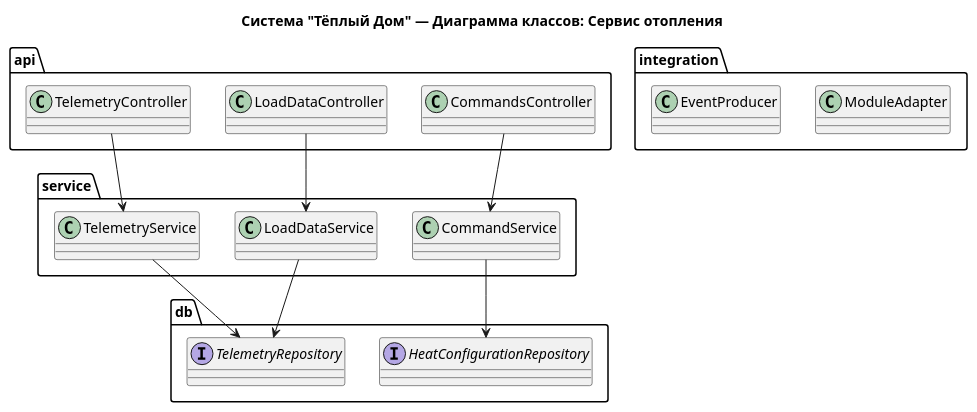
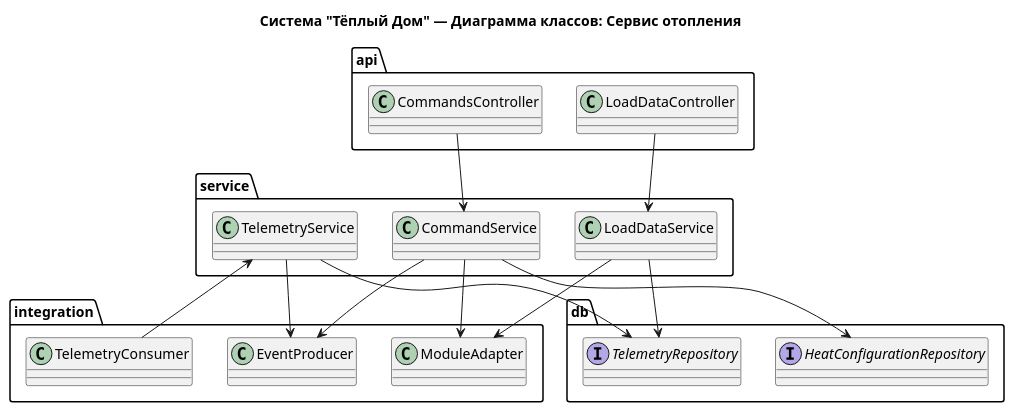
One commit to kalach77rus/warmhouse changed the diagram in schemas/code/WarmHouse_Code_heat.puml. Above: the diagram before and after it, drawn with PlantUML. The commit also changed 1 other file, not shown here.

```diff
--- a/schemas/code/WarmHouse_Code_heat.puml
+++ b/schemas/code/WarmHouse_Code_heat.puml
@@ -1,72 +1,77 @@
 @startuml warmhouse heat class diagram
 
 title Система "Тёплый Дом" — Диаграмма классов: Сервис отопления
 
 skinparam classAttributeIconSize 0
 
 package "api" {
 
     class CommandsController {
 
     }
 
     class LoadDataController {
-
-    }
-
-    class TelemetryController {
 
     }
 
 }
 
 package "service" {
 
     class CommandService {
 
     }
 
     class LoadDataService {
 
     }
 
     class TelemetryService {
 
     }
 
 }
 
 package "integration" {
 
     class ModuleAdapter {
 
     }
 
     class EventProducer {
 
     }
 
+    class TelemetryConsumer {
+
+    }
+
 }
 
 package "db" {
 
     interface HeatConfigurationRepository {
 
     }
 
     interface TelemetryRepository {
 
     }
 
 }
 
 CommandsController -down-> CommandService
 LoadDataController -down-> LoadDataService
-TelemetryController -down-> TelemetryService
 
 TelemetryService -down-> TelemetryRepository
 LoadDataService -down-> TelemetryRepository
 CommandService -down-> HeatConfigurationRepository
 
+LoadDataService --> ModuleAdapter
+CommandService --> ModuleAdapter 
+CommandService --> EventProducer 
+TelemetryService --> EventProducer 
+TelemetryConsumer --> TelemetryService
+
 
 @enduml
```
